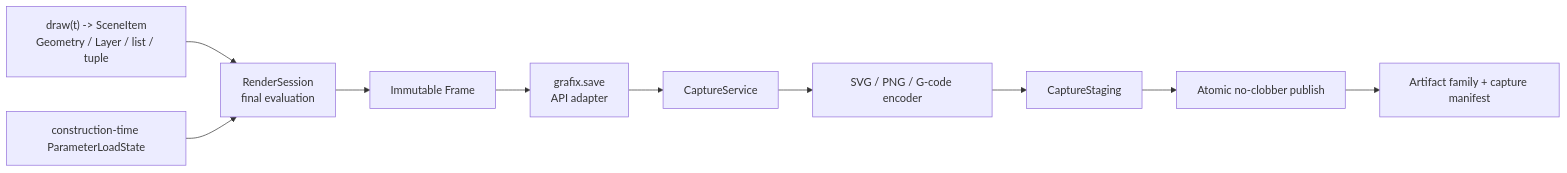
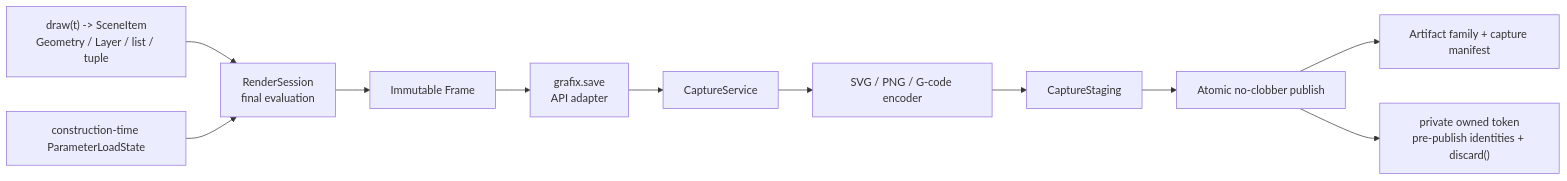
Before and after one commit to tyhts0829/graft: diagram 20 of 25 in docs/architecture_visualization.md, drawn with Mermaid. The commit also changed other lines of this file and 19 other files, not shown here.

````diff
--- a/docs/architecture_visualization.md
+++ b/docs/architecture_visualization.md
@@ -589,18 +595,20 @@
 ```mermaid
 flowchart LR
     draw["draw(t) -> SceneItem<br/>Geometry / Layer / list / tuple"]
     render["RenderSession<br/>final evaluation"]
     load["construction-time ParameterLoadState"]
     frame["Immutable Frame"]
     adapter["grafix.save<br/>API adapter"]
     service["CaptureService"]
     encoder["SVG / PNG / G-code encoder"]
     staging["CaptureStaging"]
     publish["Atomic no-clobber publish"]
     files["Artifact family + capture manifest"]
+    token["private owned token<br/>pre-publish identities + discard()"]
 
     draw --> render --> frame
     load --> render
     frame --> adapter --> service
     service --> encoder --> staging --> publish --> files
+    publish --> token
 ```
````
